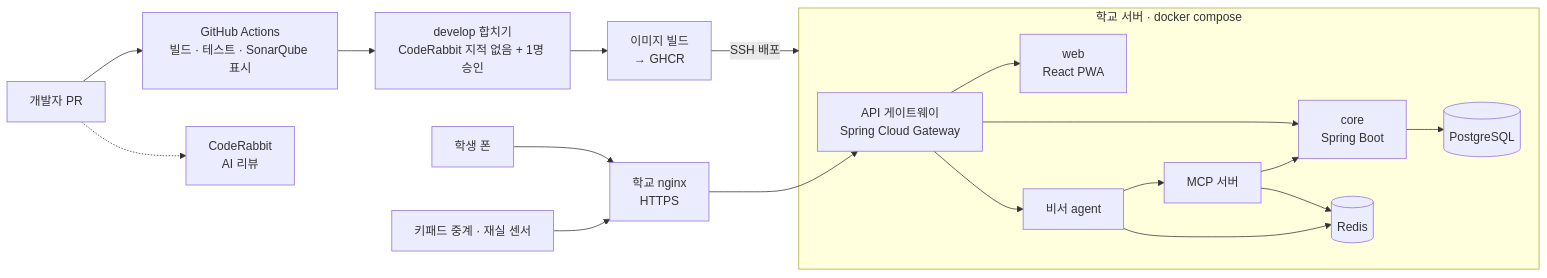
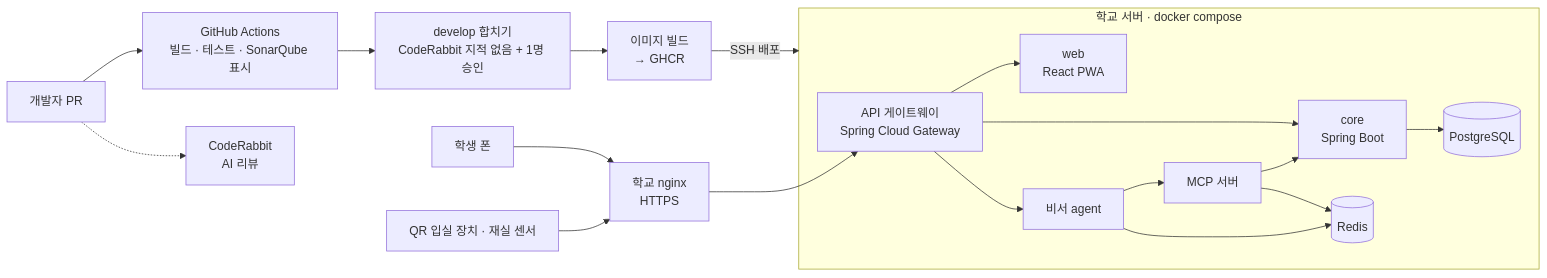
One commit to AI-go-do/docs changed the first of 2 diagrams in infra/infra-cicd.md. Above: the diagram before and after it, drawn with Mermaid. The commit also changed other lines of this file and 8 other files, not shown here.

````diff
--- a/infra/infra-cicd.md
+++ b/infra/infra-cicd.md
@@ -7,22 +7,22 @@
 ```mermaid
 flowchart LR
     dev[개발자 PR] --> ci[GitHub Actions<br/>빌드 · 테스트 · SonarQube 표시]
     dev -.-> cr[CodeRabbit<br/>AI 리뷰]
     ci --> merge[develop 합치기<br/>CodeRabbit 지적 없음 + 1명 승인]
     merge --> img[이미지 빌드<br/>→ GHCR]
     img -->|SSH 배포| srv
 
     subgraph srv[학교 서버 · docker compose]
         gw[API 게이트웨이<br/>Spring Cloud Gateway] --> front[web<br/>React PWA]
         gw --> core[core<br/>Spring Boot]
         gw --> agent[비서 agent]
         agent --> mcp[MCP 서버]
         mcp --> core
         agent --> redis[(Redis)]
         mcp --> redis
         core --> db[(PostgreSQL)]
     end
 
     phone[학생 폰] --> ngx[학교 nginx<br/>HTTPS] --> gw
-    dev2[키패드 중계 · 재실 센서] --> ngx
+    dev2[QR 입실 장치 · 재실 센서] --> ngx
 ```
````
